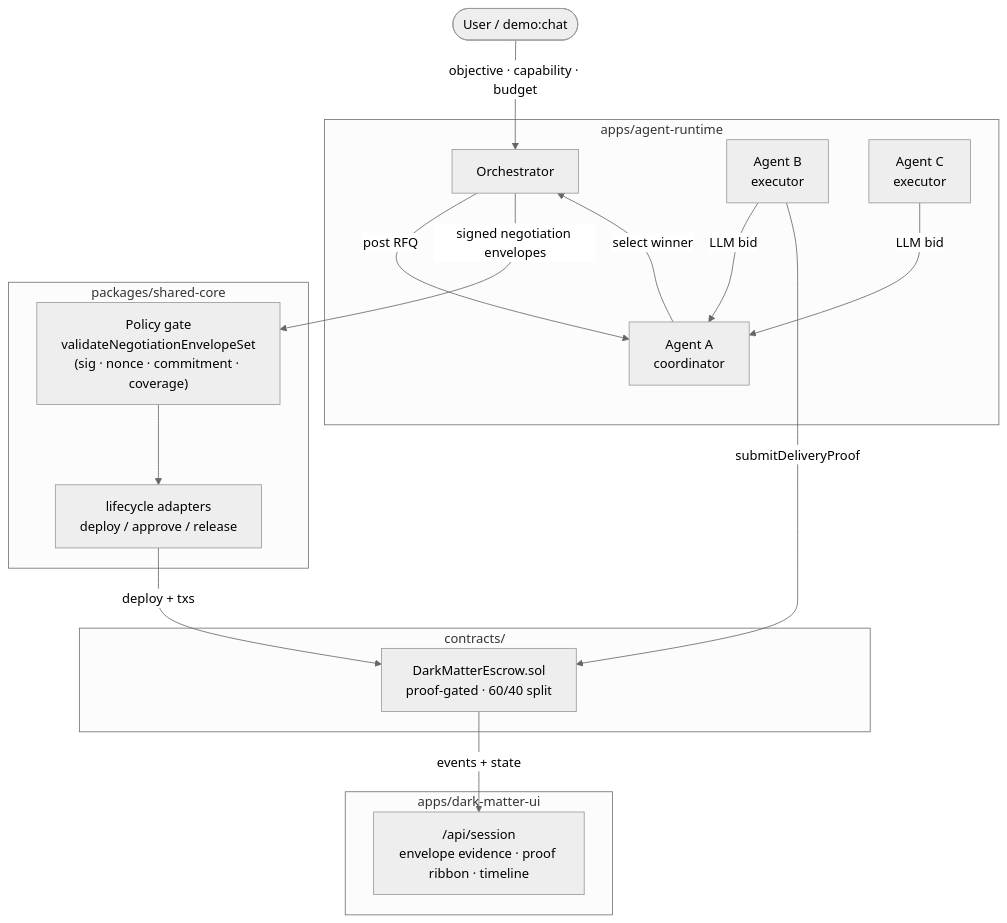
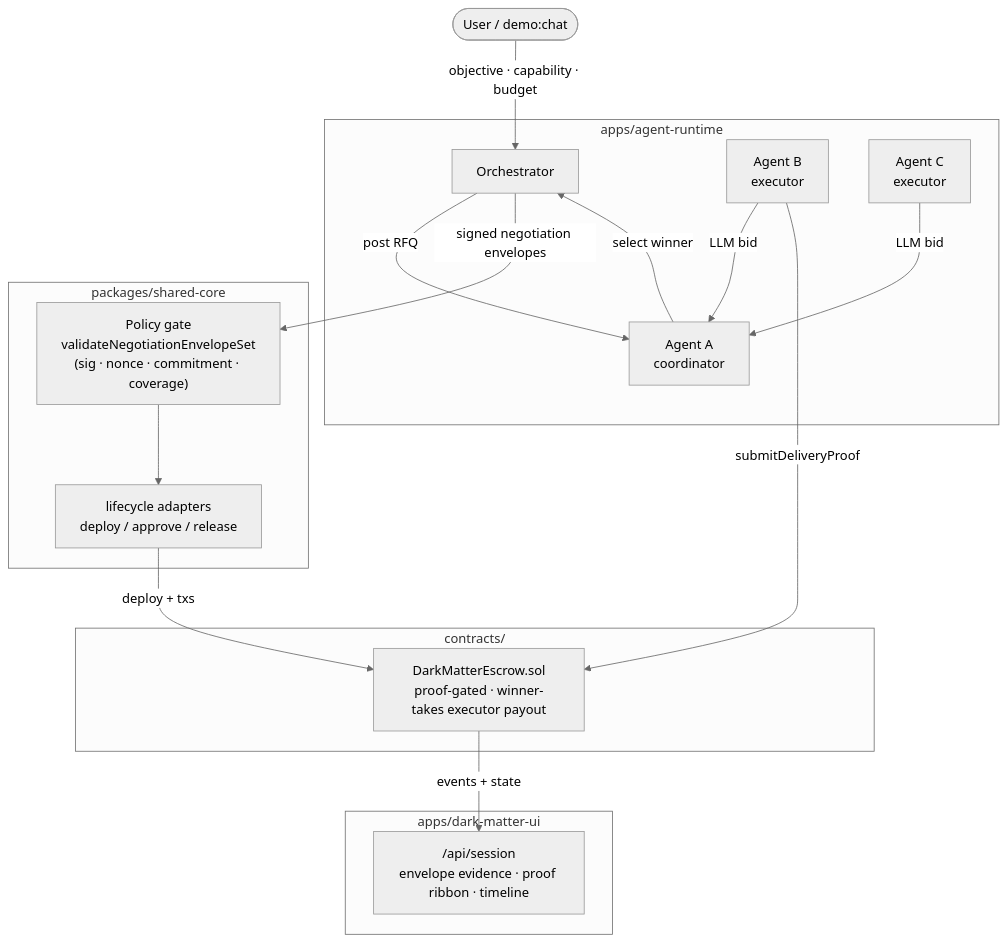
Before and after one commit to pwilson77/agentic-dark-matter: the diagram in README.md, drawn with Mermaid (neutral theme). The commit also changed other lines of this file and 7 other files, not shown here.

Commit message:
fix(payout): align escrow and docs to winner-takes executor model

````diff
--- a/README.md
+++ b/README.md
@@ -22,36 +22,36 @@
 ```mermaid
 flowchart TD
     USER([User / demo:chat]) -->|objective · capability · budget| ORC
 
     subgraph runtime["apps/agent-runtime"]
         ORC[Orchestrator]
         AA[Agent A\ncoordinator]
         AB[Agent B\nexecutor]
         AC[Agent C\nexecutor]
         ORC -->|post RFQ| AA
         AB -->|LLM bid| AA
         AC -->|LLM bid| AA
         AA -->|select winner| ORC
     end
 
     ORC -->|signed negotiation envelopes| GATE
 
     subgraph core["packages/shared-core"]
         GATE["Policy gate\nvalidateNegotiationEnvelopeSet\n(sig · nonce · commitment · coverage)"]
         LIFECYCLE[lifecycle adapters\ndeploy / approve / release]
         GATE --> LIFECYCLE
     end
 
     LIFECYCLE -->|deploy + txs| CONTRACT
 
     subgraph chain["contracts/"]
-        CONTRACT["DarkMatterEscrow.sol\nproof-gated · 60/40 split"]
+        CONTRACT["DarkMatterEscrow.sol\nproof-gated · winner-takes executor payout"]
     end
 
     AB -->|submitDeliveryProof| CONTRACT
     CONTRACT -->|events + state| UI
 
     subgraph ui["apps/dark-matter-ui"]
         UI["/api/session\nenvelope evidence · proof ribbon · timeline"]
     end
 ```
````
